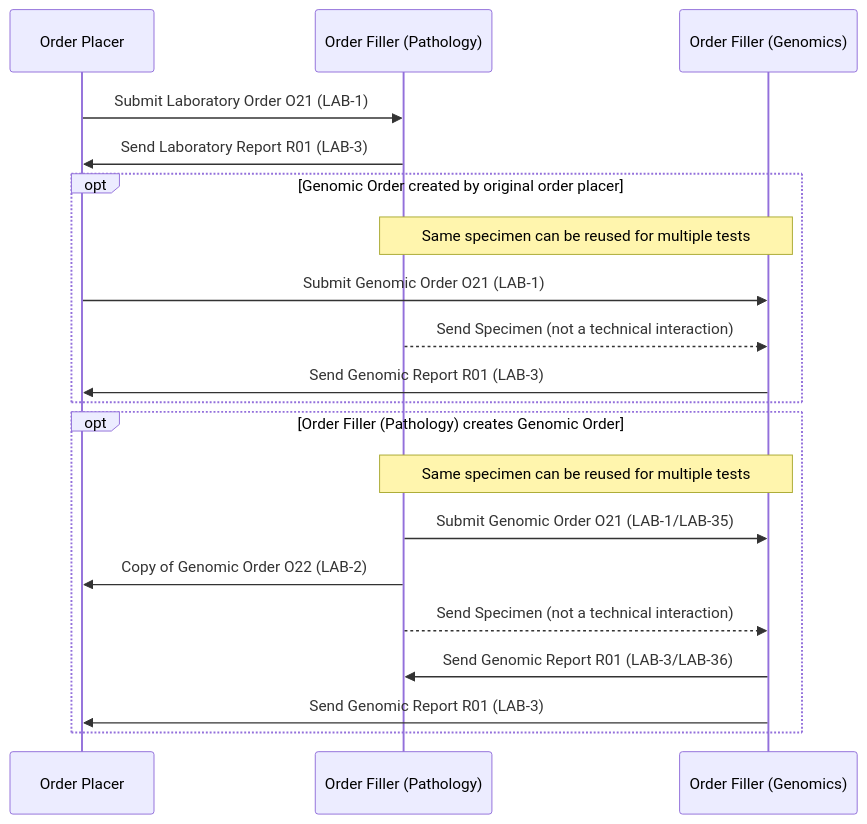
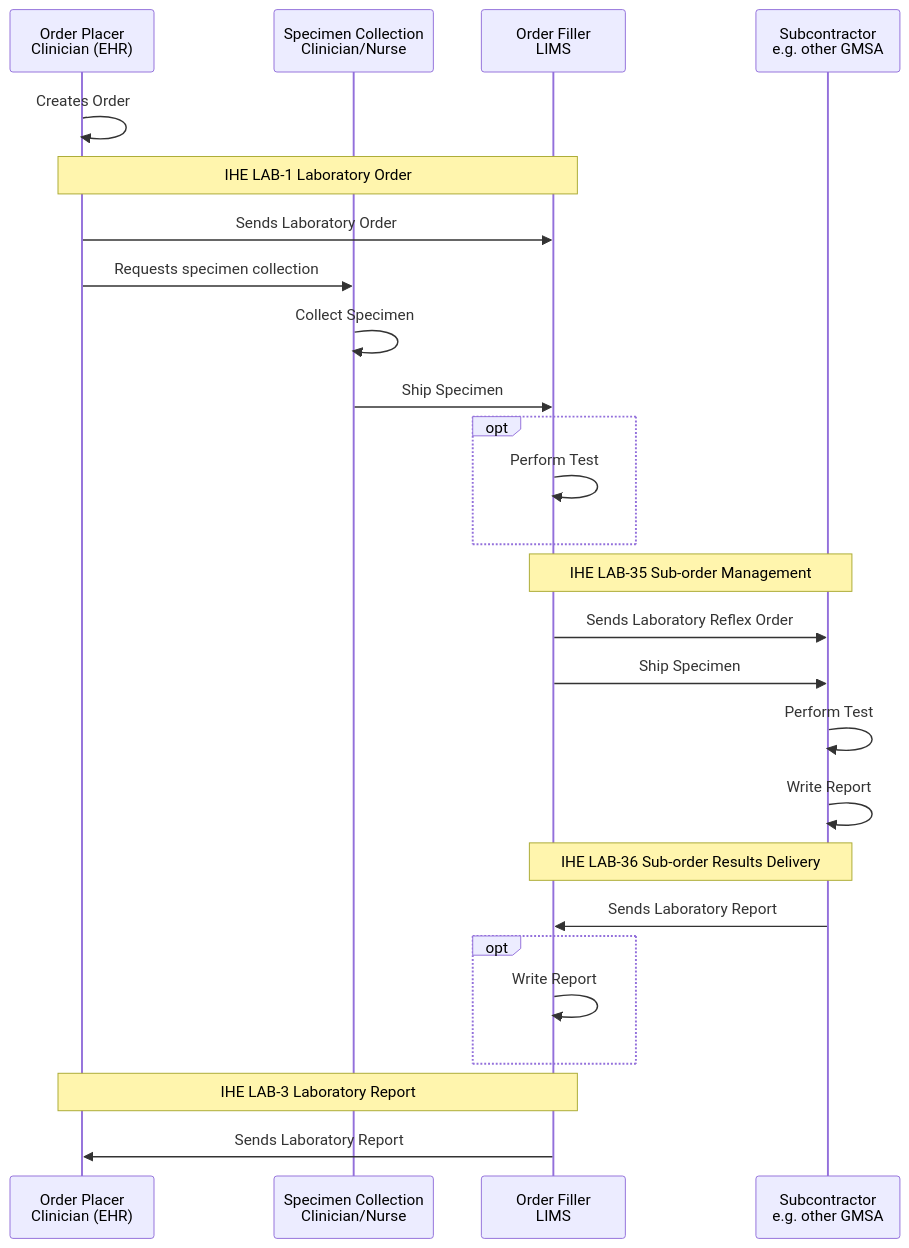
Before and after one commit to nw-gmsa/nw-gmsa.github.com: the fourth of 8 diagrams in input/pagecontent/ILW.md, drawn with Mermaid.

Commit message:
Validation fixes

````diff
--- a/input/pagecontent/ILW.md
+++ b/input/pagecontent/ILW.md
@@ -183,31 +183,29 @@
 ```mermaid
 sequenceDiagram
+    participant clinician as Order Placer<br/>Clinician (EHR)
+    participant nurse as Specimen Collection<br/>Clinician/Nurse
+    participant LIMS as Order Filler<br/>LIMS 
+    participant Sub as Subcontractor<br/>e.g. other GMSA
 
-
-participant EPR as Order Placer
-participant LIMSP as Order Filler (Pathology)
-participant LIMSG as Order Filler (Genomics)
-
-
-EPR ->> LIMSP: Submit Laboratory Order O21 (LAB-1)
-LIMSP ->> EPR: Send Laboratory Report R01 (LAB-3)
-
-opt Genomic Order created by original order placer
-
-note over LIMSP,LIMSG: Same specimen can be reused for multiple tests
-
-EPR ->> LIMSG: Submit Genomic Order O21 (LAB-1)
-LIMSP -->> LIMSG: Send Specimen (not a technical interaction)
-LIMSG ->> EPR: Send Genomic Report R01 (LAB-3)
-end
-
-opt Order Filler (Pathology) creates Genomic Order
-note over LIMSP,LIMSG: Same specimen can be reused for multiple tests
-
-LIMSP ->> LIMSG: Submit Genomic Order O21 (LAB-1/LAB-35)
-LIMSP ->> EPR: Copy of Genomic Order O22 (LAB-2)
-LIMSP -->> LIMSG: Send Specimen (not a technical interaction)
-LIMSG ->> LIMSP: Send Genomic Report R01 (LAB-3/LAB-36)
-LIMSG ->> EPR: Send Genomic Report R01 (LAB-3)
-end
+    clinician ->> clinician: Creates Order
+    note over clinician,LIMS: IHE LAB-1 Laboratory Order
+    clinician ->> LIMS: Sends Laboratory Order
+    clinician ->> nurse: Requests specimen collection
+    nurse ->> nurse: Collect Specimen
+    nurse ->> LIMS: Ship Specimen
+    opt
+        LIMS->> LIMS : Perform Test
+    end
+    note over LIMS,Sub: IHE LAB-35 Sub-order Management
+    LIMS ->> Sub: Sends Laboratory Reflex Order
+    LIMS ->> Sub: Ship Specimen
+    Sub ->> Sub : Perform Test
+    Sub ->> Sub: Write Report
+    note over LIMS,Sub: IHE LAB-36 Sub-order Results Delivery
+    Sub ->> LIMS: Sends Laboratory Report
+    opt
+        LIMS ->> LIMS: Write Report
+    end
+    note over clinician,LIMS: IHE LAB-3 Laboratory Report
+    LIMS ->> clinician: Sends Laboratory Report
 ```
````
